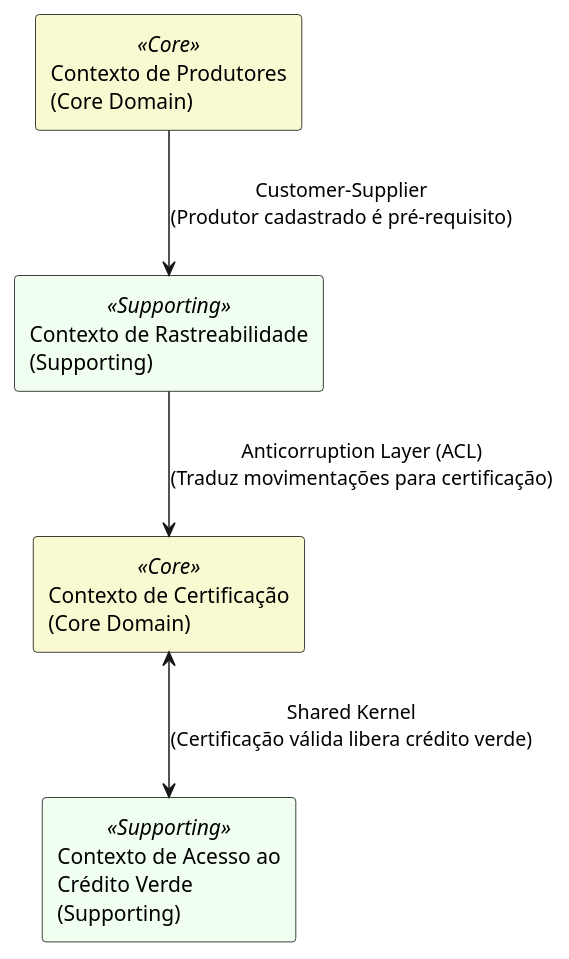
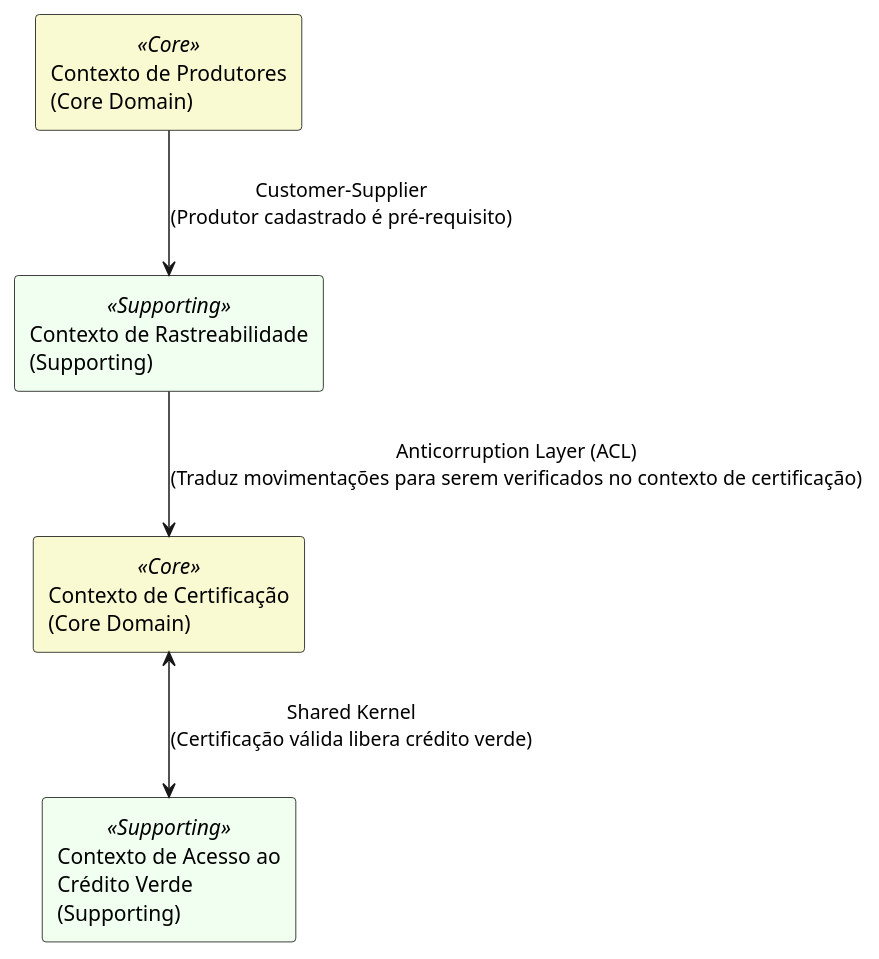
The diagram in context_map.puml (gsvalgreen/DDD-2-Sala-10), drawn with PlantUML before and after one commit. The commit also changed 1 other file, not shown here.

```diff
--- a/context_map.puml
+++ b/context_map.puml
@@ -1,21 +1,21 @@
 @startuml
 ' Context Map para sistema de certificação de sustentabilidade
 
 skinparam rectangle {
   BackgroundColor<<Core>> LightGoldenrodYellow
   BackgroundColor<<Supporting>> HoneyDew
   BackgroundColor<<Generic>> Lavender
   BorderColor black
 }
 
 rectangle "Contexto de Produtores\n(Core Domain)" as Produtores <<Core>>
 rectangle "Contexto de Certificação\n(Core Domain)" as Certificacao <<Core>>
 rectangle "Contexto de Rastreabilidade\n(Supporting)" as Rastreabilidade <<Supporting>>
 rectangle "Contexto de Acesso ao\nCrédito Verde\n(Supporting)" as Credito <<Supporting>>
 
 ' Relacionamentos principais
 Produtores --> Rastreabilidade : "Customer-Supplier\n(Produtor cadastrado é pré-requisito)"
-Rastreabilidade --> Certificacao : "Anticorruption Layer (ACL)\n(Traduz movimentações para certificação)"
+Rastreabilidade --> Certificacao : "Anticorruption Layer (ACL)\n(Traduz movimentações para serem verificados no contexto de certificação)"
 Certificacao <--> Credito : "Shared Kernel\n(Certificação válida libera crédito verde)"
 
 @enduml
```
